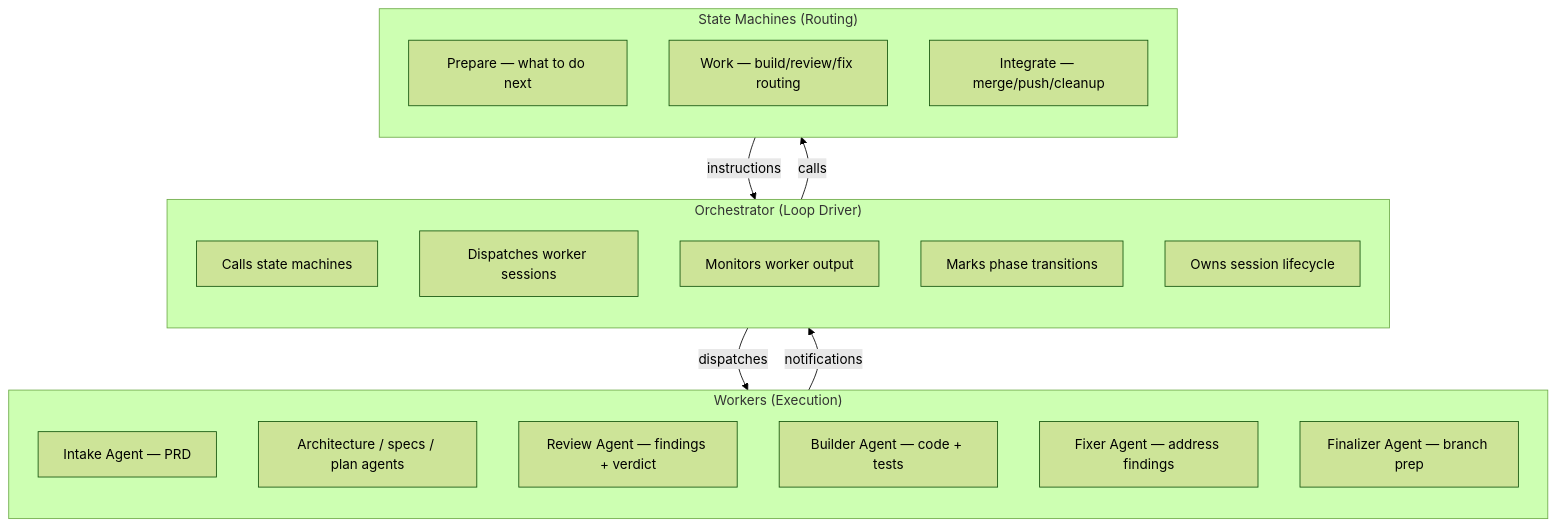
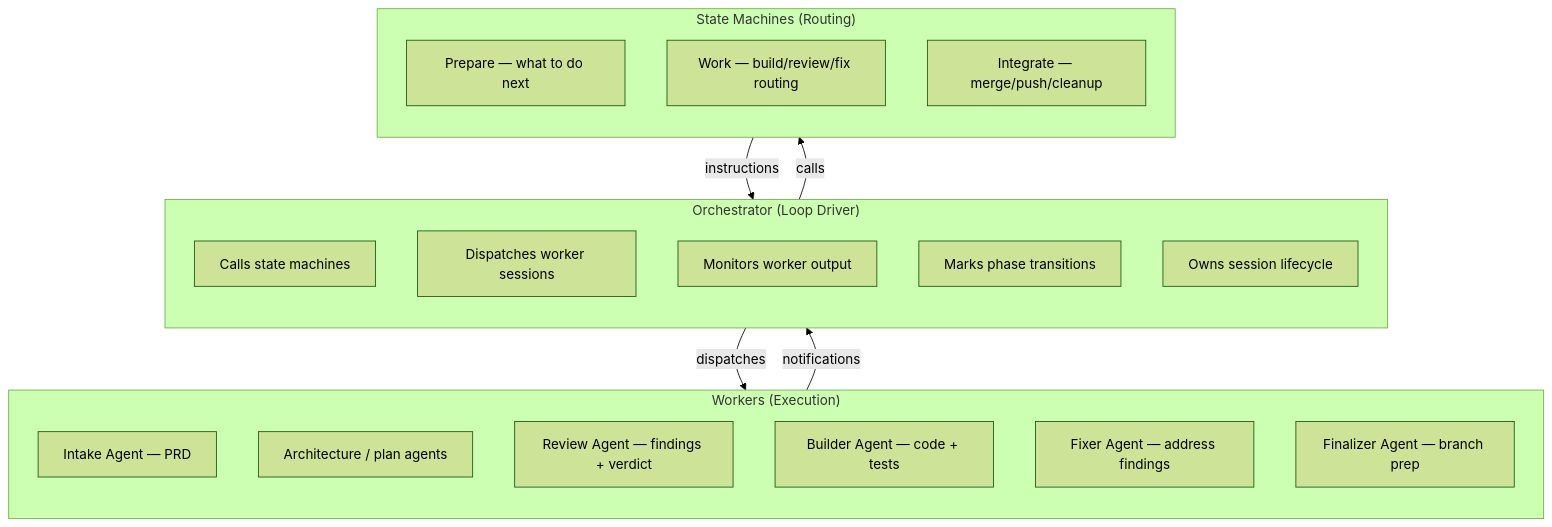
One commit to InstruktAI/TeleClaude changed the third of 3 diagrams in docs/project/design/architecture/lifecycle-state-machines.md. Above: the diagram before and after it, drawn with Mermaid (forest theme). The commit also changed other lines of this file and 49 other files, not shown here.

````diff
--- a/docs/project/design/architecture/lifecycle-state-machines.md
+++ b/docs/project/design/architecture/lifecycle-state-machines.md
@@ -144,33 +142,33 @@
 ```mermaid
 flowchart TB
     subgraph Orchestrator["Orchestrator (Loop Driver)"]
         direction TB
         O1["Calls state machines"]
         O2["Dispatches worker sessions"]
         O3["Monitors worker output"]
         O4["Marks phase transitions"]
         O5["Owns session lifecycle"]
     end
 
     subgraph Workers["Workers (Execution)"]
         direction TB
         W1["Intake Agent — PRD"]
-        W2["Architecture / specs / plan agents"]
+        W2["Architecture / plan agents"]
         W3["Review Agent — findings + verdict"]
         W4["Builder Agent — code + tests"]
         W5["Fixer Agent — address findings"]
         W6["Finalizer Agent — branch prep"]
     end
 
     subgraph Machines["State Machines (Routing)"]
         direction TB
         M1["Prepare — what to do next"]
         M2["Work — build/review/fix routing"]
         M3["Integrate — merge/push/cleanup"]
     end
 
     Orchestrator -->|"calls"| Machines
     Machines -->|"instructions"| Orchestrator
     Orchestrator -->|"dispatches"| Workers
     Workers -->|"notifications"| Orchestrator
 ```
````
